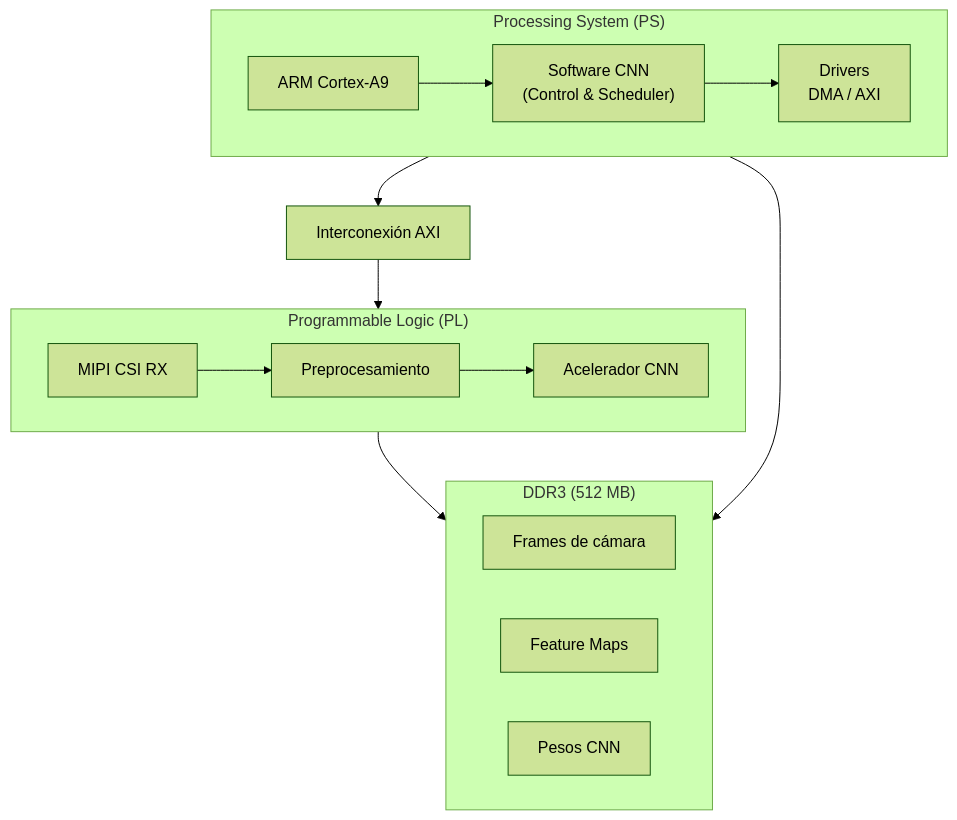
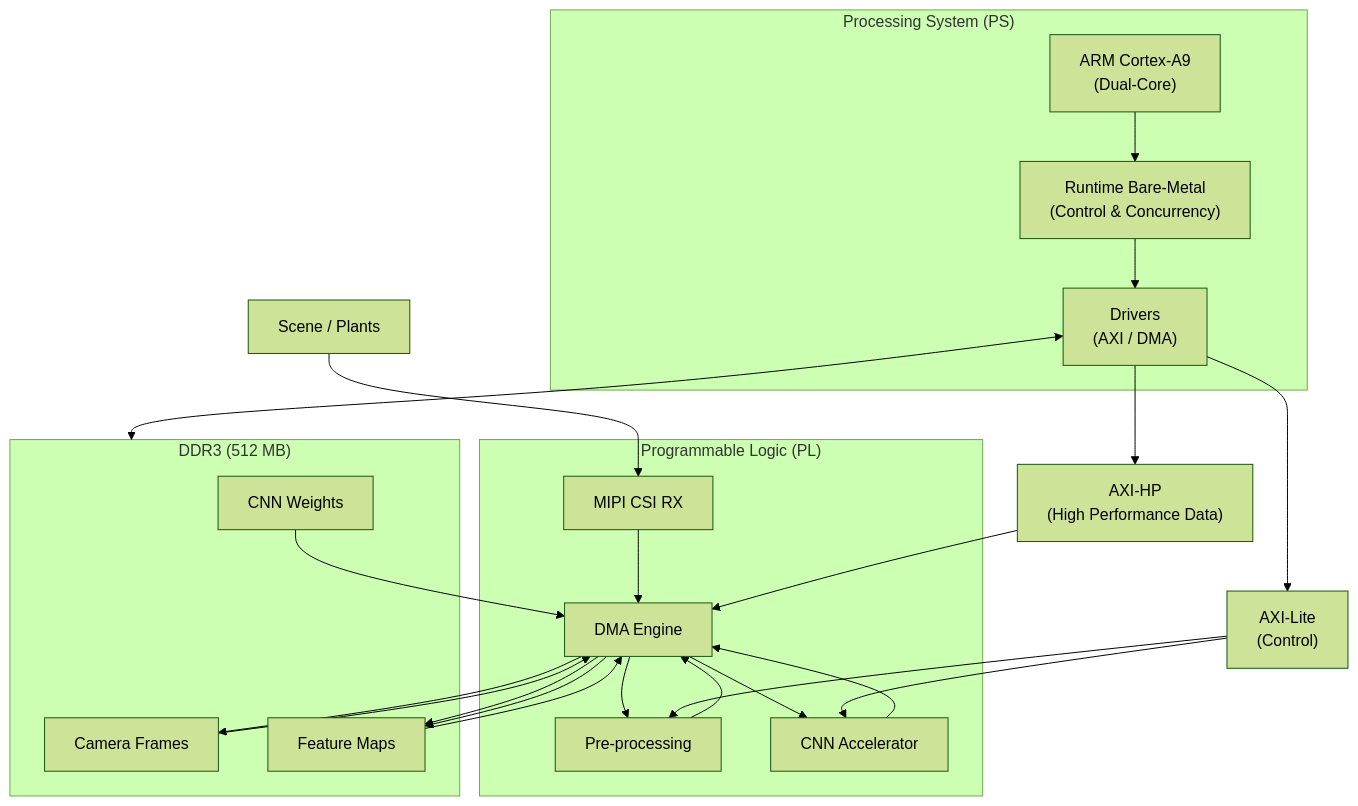
Before and after one commit to angel-obando-17/CNN-accelerator-on-SoC: the diagram in Bitacora.md, drawn with Mermaid (forest theme). The commit also changed other lines of this file, not shown here.

````diff
--- a/Bitacora.md
+++ b/Bitacora.md
@@ -74,45 +74,77 @@
 ```mermaid
 flowchart TB
+    %% =========================
+    %% External World
+    %% =========================
+    EXT["Scene / Plants"]
+
     %% =========================
     %% Processing System
     %% =========================
     subgraph PS["Processing System (PS)"]
-        PS1["ARM Cortex-A9"]
-        PS2["Software CNN<br/>(Control & Scheduler)"]
-        PS3["Drivers<br/>DMA / AXI"]
+        PS1["ARM Cortex-A9<br/>(Dual-Core)"]
+        PS2["Runtime Bare-Metal<br/>(Control & Concurrency)"]
+        PS3["Drivers<br/>(AXI / DMA)"]
+
         PS1 --> PS2
         PS2 --> PS3
     end
 
     %% =========================
     %% AXI Interconnect
     %% =========================
-    AXI["Interconexión AXI"]
+    AXIL["AXI-Lite<br/>(Control)"]
+    AXIHP["AXI-HP<br/>(High Performance Data)"]
 
     %% =========================
     %% Programmable Logic
     %% =========================
     subgraph PL["Programmable Logic (PL)"]
         PL1["MIPI CSI RX"]
-        PL2["Preprocesamiento"]
-        PL3["Acelerador CNN"]
-        PL1 --> PL2 --> PL3
+        PL2["Pre-processing"]
+        PL3["CNN Accelerator"]
+        DMA["DMA Engine"]
     end
 
     %% =========================
     %% DDR Memory
     %% =========================
     subgraph DDR["DDR3 (512 MB)"]
-        DDR1["Frames de cámara"]
+        DDR1["Camera Frames"]
         DDR2["Feature Maps"]
-        DDR3["Pesos CNN"]
+        DDR3["CNN Weights"]
     end
 
     %% =========================
     %% Connections
     %% =========================
-    PS --> AXI
-    AXI --> PL
-    PL --> DDR
-    PS --> DDR
+    EXT --> PL1
+
+    %% Capture path
+    PL1 --> DMA
+    DMA --> DDR1
+
+    %% Preprocessing path
+    DDR1 --> DMA
+    DMA --> PL2
+    PL2 --> DMA
+    DMA --> DDR2
+
+    %% CNN execution path
+    DDR2 --> DMA
+    DDR3 --> DMA
+    DMA --> PL3
+    PL3 --> DMA
+    DMA --> DDR2
+
+    %% Control paths
+    PS3 --> AXIL
+    AXIL --> PL2
+    AXIL --> PL3
+
+    PS3 --> AXIHP
+    AXIHP --> DMA
+
+    PS3 <--> DDR
+
 ```
````
